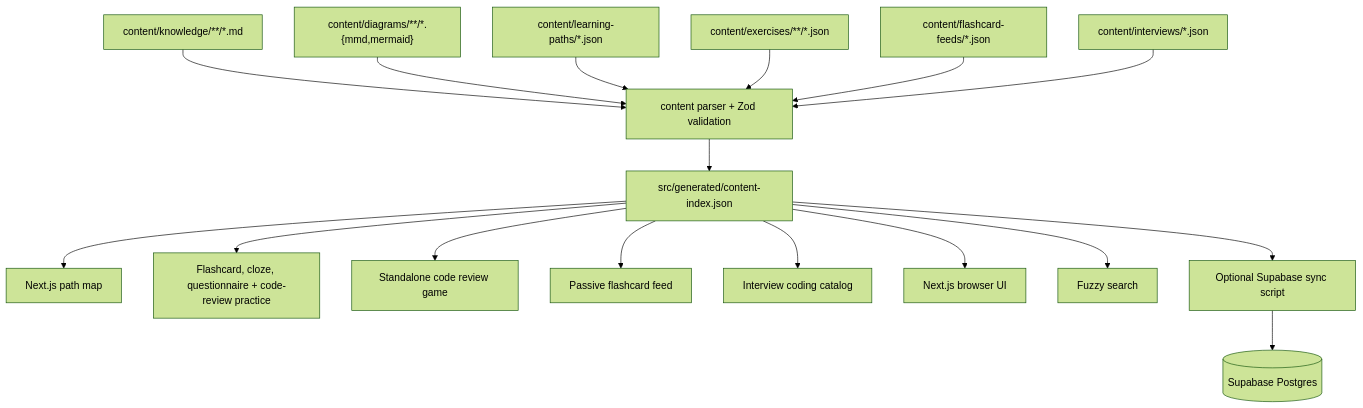
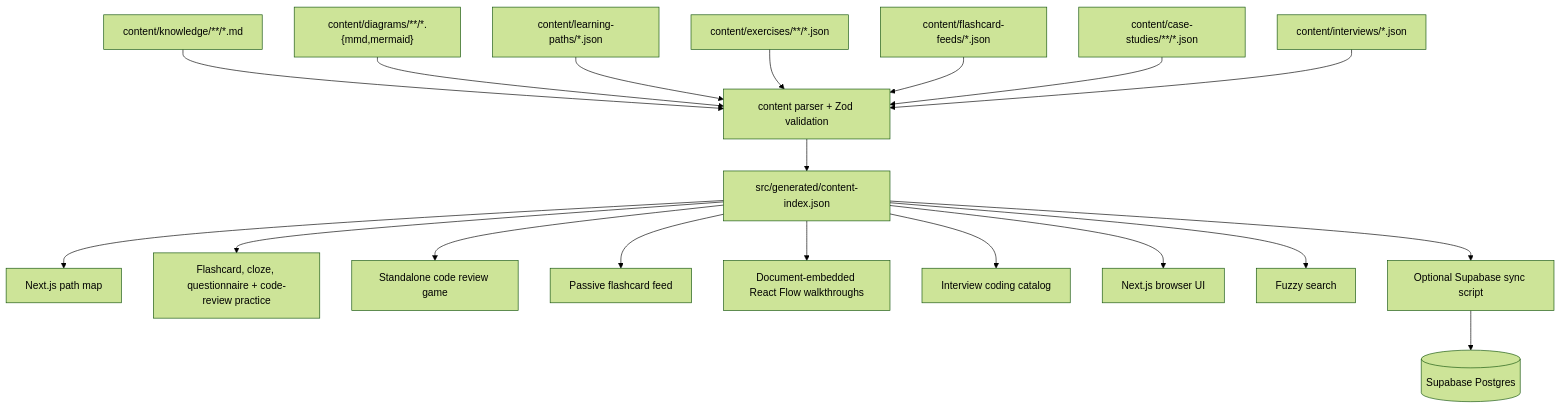
One commit to dano-gutierrez/codematica changed the diagram in docs/engineering-overview.md. Above: the diagram before and after it, drawn with Mermaid (forest theme). The commit also changed other lines of this file and 36 other files, not shown here.

Commit message:
Add real system case studies

````diff
--- a/docs/engineering-overview.md
+++ b/docs/engineering-overview.md
@@ -23,19 +24,21 @@
 ```mermaid
 flowchart TD
   MD["content/knowledge/**/*.md"] --> Parser["content parser + Zod validation"]
   MMD["content/diagrams/**/*.{mmd,mermaid}"] --> Parser
   PATHS["content/learning-paths/*.json"] --> Parser
   EX["content/exercises/**/*.json"] --> Parser
   FEEDS["content/flashcard-feeds/*.json"] --> Parser
+  CS["content/case-studies/**/*.json"] --> Parser
   IV["content/interviews/*.json"] --> Parser
   Parser --> Index["src/generated/content-index.json"]
   Index --> Paths["Next.js path map"]
   Index --> Practice["Flashcard, cloze, questionnaire + code-review practice"]
   Index --> Reviews["Standalone code review game"]
   Index --> Passive["Passive flashcard feed"]
+  Index --> CaseStudies["Document-embedded React Flow walkthroughs"]
   Index --> Interviews["Interview coding catalog"]
   Index --> Browser["Next.js browser UI"]
   Index --> Search["Fuzzy search"]
   Index --> Sync["Optional Supabase sync script"]
   Sync --> DB[("Supabase Postgres")]
 ```
````
